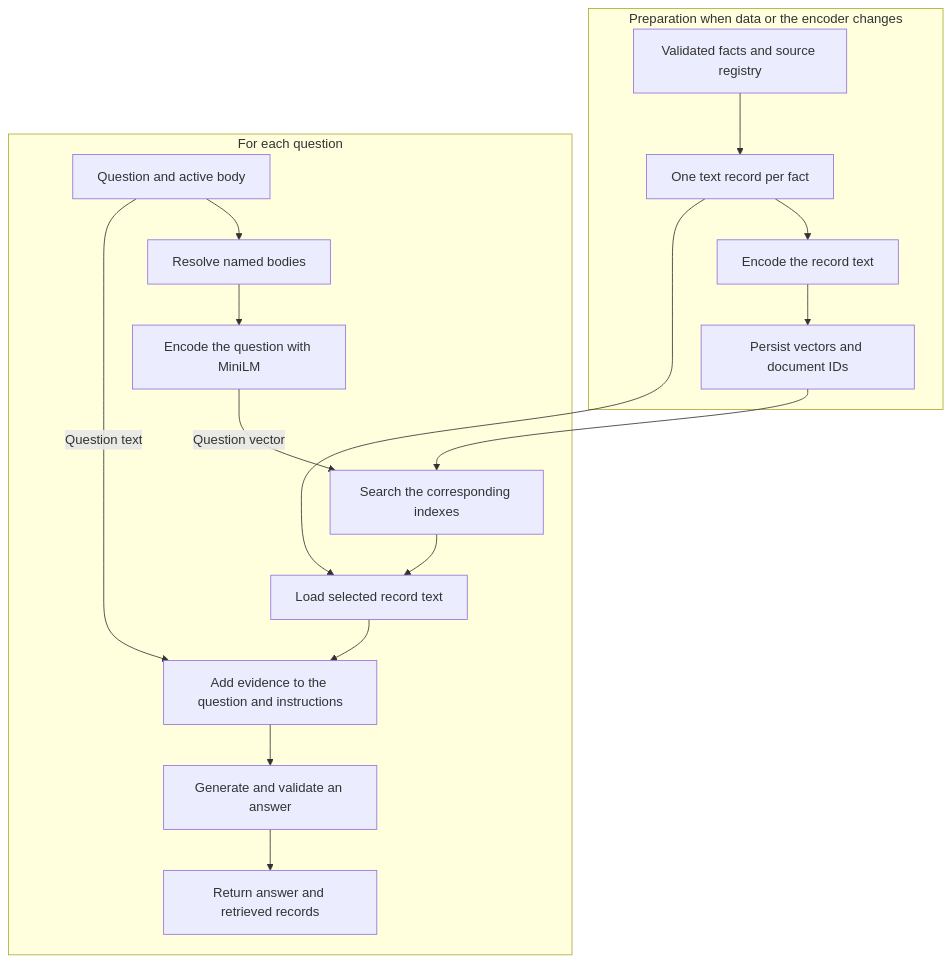
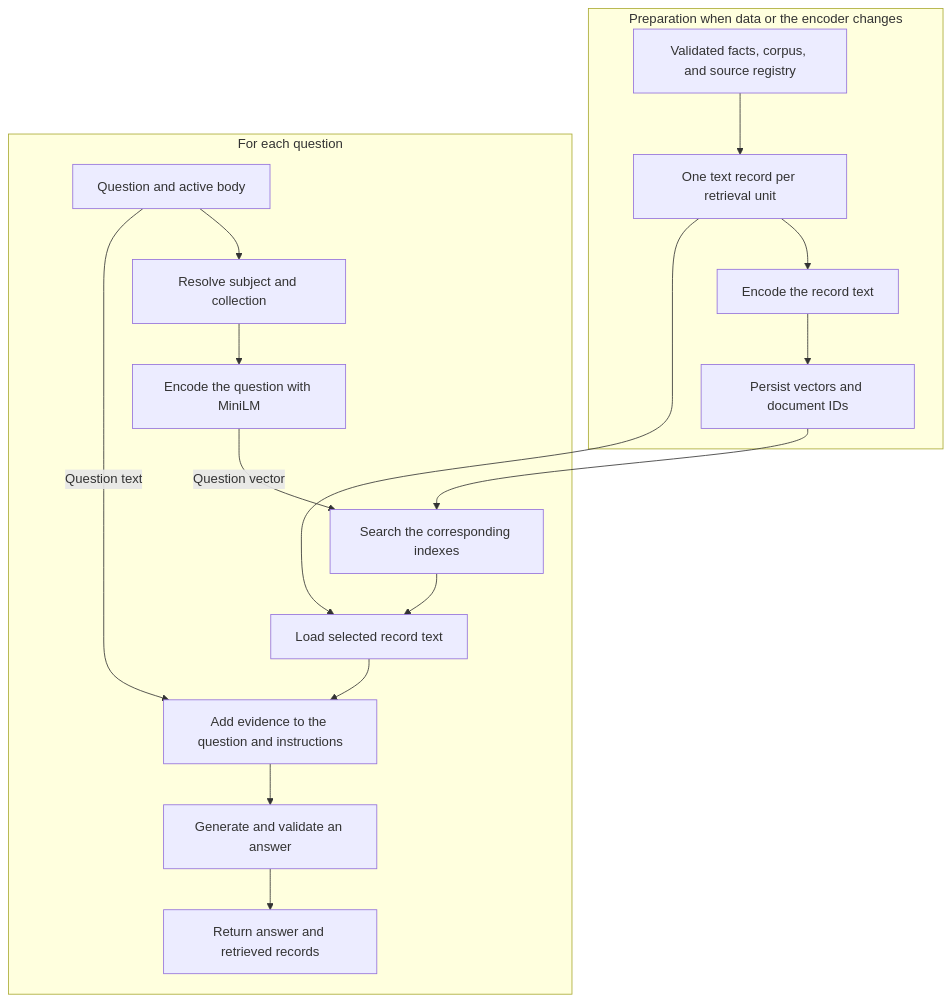
The fourth of 6 diagrams in docs/ai-pipeline.md (Kongstad/planetary-scanner), drawn with Mermaid before and after one commit. The commit also changed other lines of this file and 48 other files, not shown here.

````diff
--- a/docs/ai-pipeline.md
+++ b/docs/ai-pipeline.md
@@ -184,20 +204,20 @@
 ```mermaid
 flowchart TD
     subgraph Preparation[Preparation when data or the encoder changes]
-        Facts[Validated facts and source registry] --> Records[One text record per fact]
+        Facts[Validated facts, corpus, and source registry] --> Records[One text record per retrieval unit]
         Records --> Embeddings[Encode the record text]
         Embeddings --> Index[Persist vectors and document IDs]
     end
     subgraph Request[For each question]
-        Question[Question and active body] --> Routing[Resolve named bodies]
+        Question[Question and active body] --> Routing[Resolve subject and collection]
         Routing --> QueryEmbedding[Encode the question with MiniLM]
         QueryEmbedding -->|Question vector| Search[Search the corresponding indexes]
         Index --> Search
         Search --> Evidence[Load selected record text]
         Records --> Evidence
         Evidence --> Prompt[Add evidence to the question and instructions]
         Question -->|Question text| Prompt
         Prompt --> Generation[Generate and validate an answer]
         Generation --> Response[Return answer and retrieved records]
     end
 ```
````
